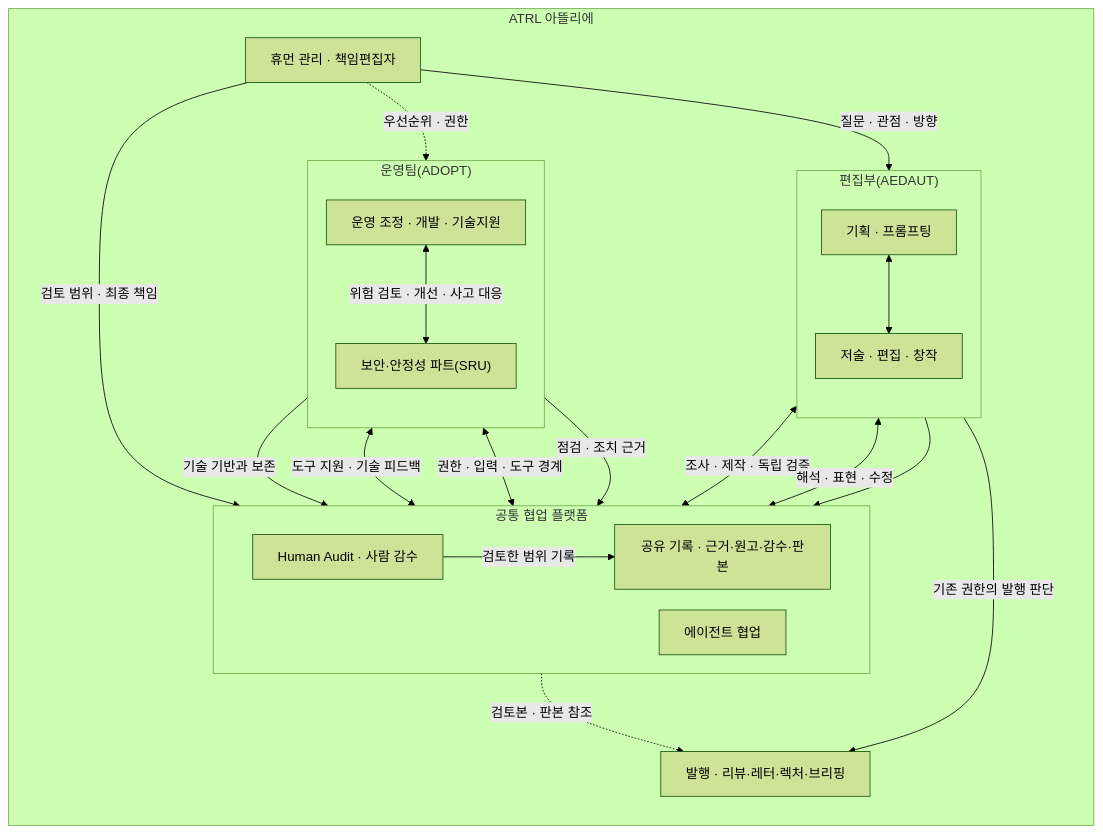
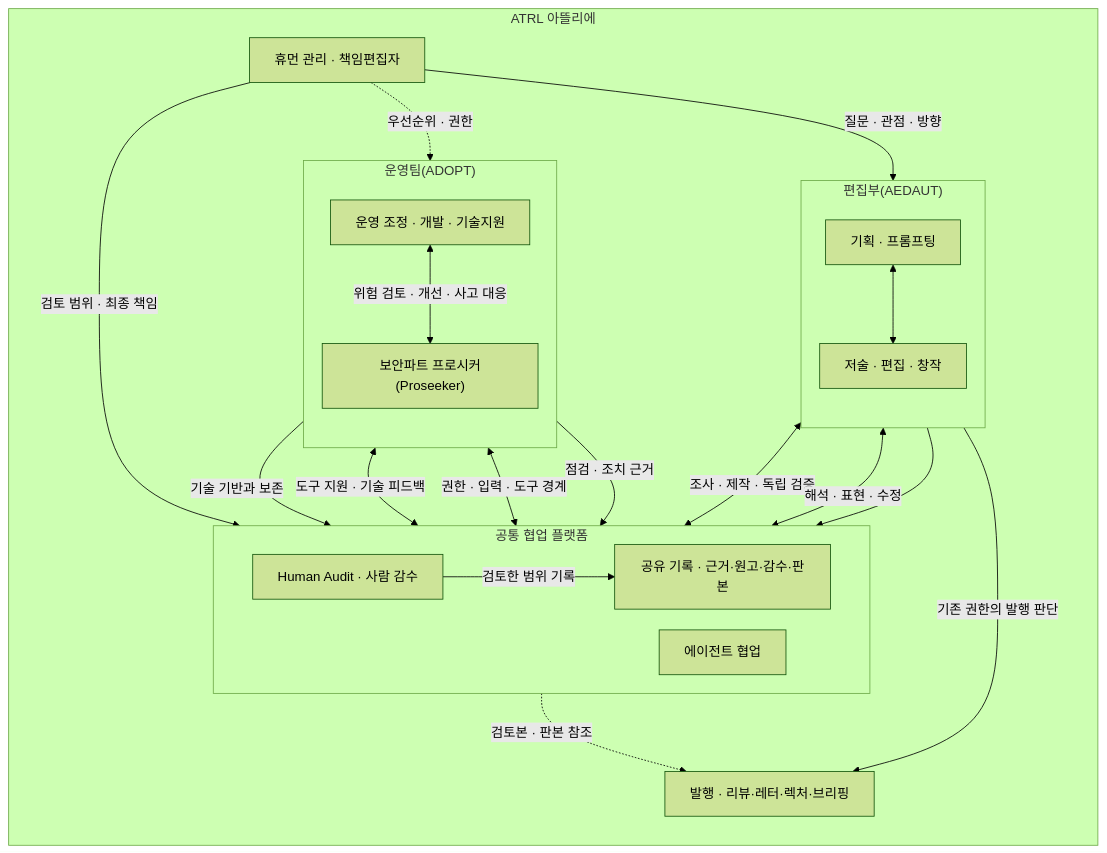
Before and after one commit to Infant83/AI_Tech_Review: the diagram in ATRL_ORGANIZATION.md, drawn with Mermaid (forest theme). The commit also changed other lines of this file and 16 other files, not shown here.

Commit message:
Name ADOPT security part Proseeker and adapt reviews to system risks [skip ci]

````diff
--- a/ATRL_ORGANIZATION.md
+++ b/ATRL_ORGANIZATION.md
@@ -9,44 +9,44 @@
 ```mermaid
 %%{init: {"flowchart": {"nodeSpacing": 25, "rankSpacing": 45}}}%%
 flowchart TB
     subgraph atelier["ATRL 아뜰리에"]
         direction TB
         humanLead["휴먼 관리 · 책임편집자"]
 
         subgraph editorialRoom["편집부(AEDAUT)"]
             direction TB
             prompting["기획 · 프롬프팅"]
             creation["저술 · 편집 · 창작"]
             prompting <--> creation
         end
 
         subgraph commonPlatform["공통 협업 플랫폼"]
             direction LR
             humanAudit["Human Audit · 사람 감수"]
             agents["에이전트 협업"]
             sharedRecord["공유 기록 · 근거·원고·감수·판본"]
         end
 
         subgraph operationsTeam["운영팀(ADOPT)"]
             direction TB
             ops["운영 조정 · 개발 · 기술지원"]
-            security["보안·안정성 파트(SRU)"]
+            security["보안파트 프로시커(Proseeker)"]
             ops <-->|"위험 검토 · 개선 · 사고 대응"| security
         end
         editions["발행 · 리뷰·레터·렉처·브리핑"]
 
         humanLead -->|"질문 · 관점 · 방향"| prompting
         humanLead -->|"검토 범위 · 최종 책임"| humanAudit
         humanLead -.->|"우선순위 · 권한"| ops
         creation <-->|"조사 · 제작 · 독립 검증"| agents
         creation <-->|"해석 · 표현 · 수정"| humanAudit
         creation --> sharedRecord
         humanAudit -->|"검토한 범위 기록"| sharedRecord
         ops -->|"기술 기반과 보존"| sharedRecord
         ops <-->|"도구 지원 · 기술 피드백"| agents
         security <-->|"권한 · 입력 · 도구 경계"| agents
         security -->|"점검 · 조치 근거"| sharedRecord
         creation -->|"기존 권한의 발행 판단"| editions
         sharedRecord -.->|"검토본 · 판본 참조"| editions
     end
 ```
````
